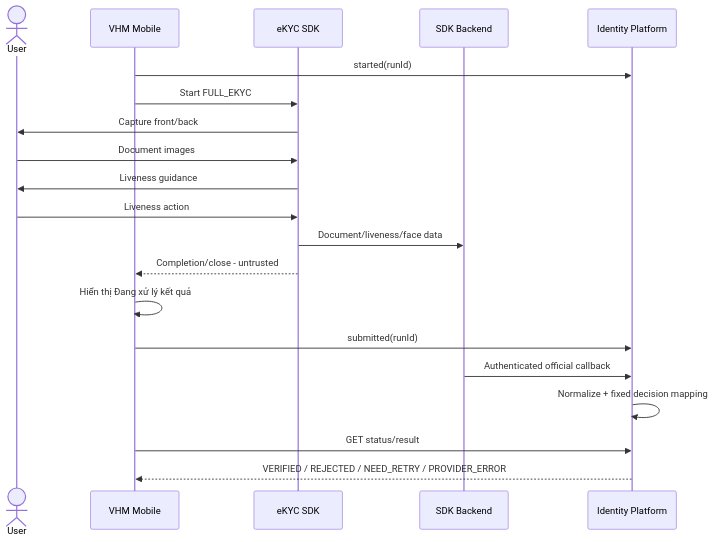
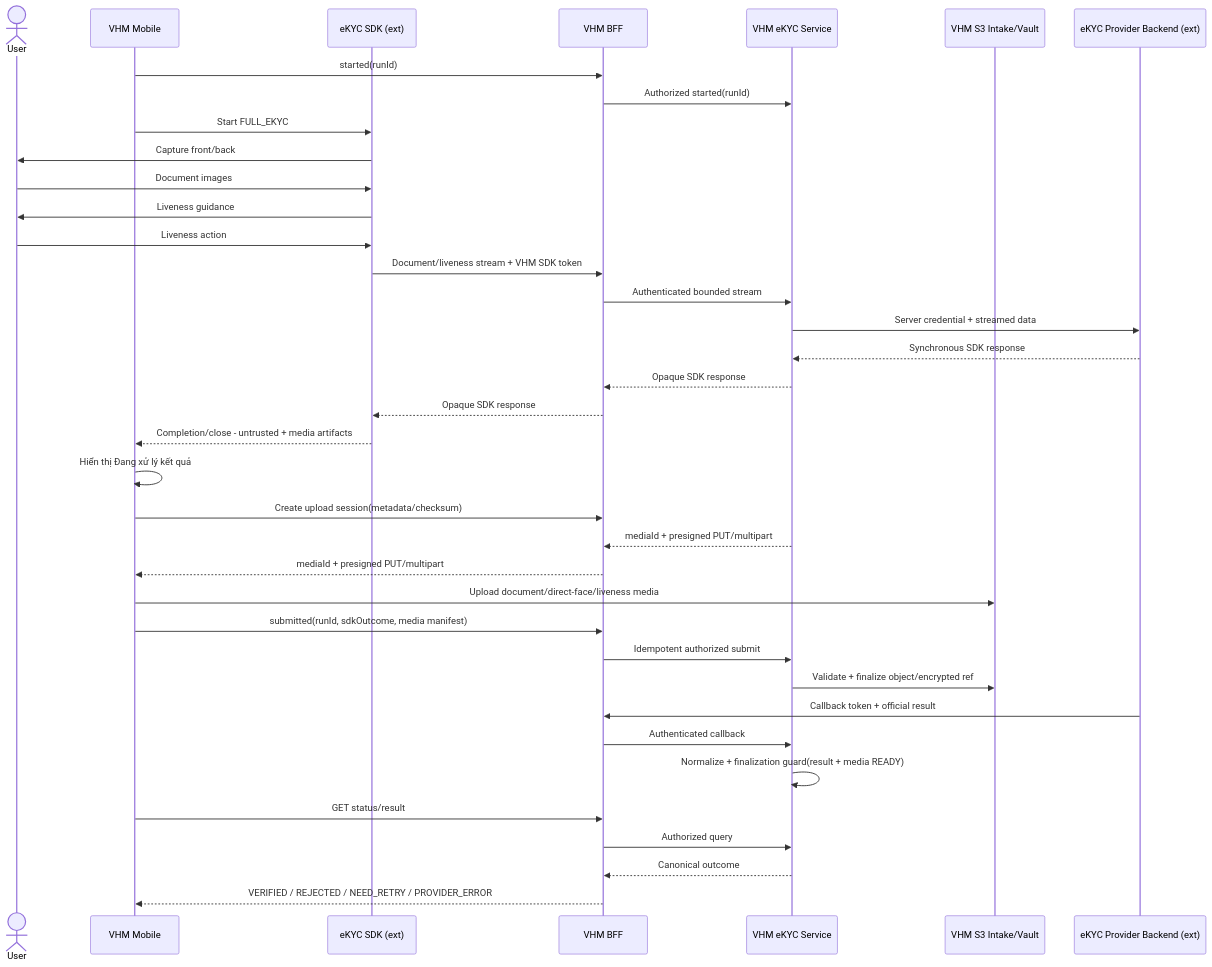
Diagram 12 of 18 in tdd2.md (huynv-xyz/vhm), drawn with Mermaid before and after one commit. The commit also changed other lines of this file, not shown here.

````diff
--- a/tdd2.md
+++ b/tdd2.md
@@ -1574,22 +1217,39 @@
 ```mermaid
 sequenceDiagram
     actor User
     participant APP as VHM Mobile
-    participant SDK as eKYC SDK
-    participant BACKEND as SDK Backend
-    participant IV as Identity Platform
-    APP->>IV: started(runId)
+    participant SDK as eKYC SDK (ext)
+    participant BFF as VHM BFF
+    participant EKYC_SERVICE as VHM eKYC Service
+    participant S3 as VHM S3 Intake/Vault
+    participant BACKEND as eKYC Provider Backend (ext)
+    APP->>BFF: started(runId)
+    BFF->>EKYC_SERVICE: Authorized started(runId)
     APP->>SDK: Start FULL_EKYC
     SDK->>User: Capture front/back
     User->>SDK: Document images
     SDK->>User: Liveness guidance
     User->>SDK: Liveness action
-    SDK->>BACKEND: Document/liveness/face data
-    SDK-->>APP: Completion/close - untrusted
+    SDK->>BFF: Document/liveness stream + VHM SDK token
+    BFF->>EKYC_SERVICE: Authenticated bounded stream
+    EKYC_SERVICE->>BACKEND: Server credential + streamed data
+    BACKEND-->>EKYC_SERVICE: Synchronous SDK response
+    EKYC_SERVICE-->>BFF: Opaque SDK response
+    BFF-->>SDK: Opaque SDK response
+    SDK-->>APP: Completion/close - untrusted + media artifacts
     APP->>APP: Hiển thị Đang xử lý kết quả
-    APP->>IV: submitted(runId)
-    BACKEND->>IV: Authenticated official callback
-    IV->>IV: Normalize + fixed decision mapping
-    APP->>IV: GET status/result
-    IV-->>APP: VERIFIED / REJECTED / NEED_RETRY / PROVIDER_ERROR
+    APP->>BFF: Create upload session(metadata/checksum)
+    EKYC_SERVICE-->>BFF: mediaId + presigned PUT/multipart
+    BFF-->>APP: mediaId + presigned PUT/multipart
+    APP->>S3: Upload document/direct-face/liveness media
+    APP->>BFF: submitted(runId, sdkOutcome, media manifest)
+    BFF->>EKYC_SERVICE: Idempotent authorized submit
+    EKYC_SERVICE->>S3: Validate + finalize object/encrypted ref
+    BACKEND->>BFF: Callback token + official result
+    BFF->>EKYC_SERVICE: Authenticated callback
+    EKYC_SERVICE->>EKYC_SERVICE: Normalize + finalization guard(result + media READY)
+    APP->>BFF: GET status/result
+    BFF->>EKYC_SERVICE: Authorized query
+    EKYC_SERVICE-->>BFF: Canonical outcome
+    BFF-->>APP: VERIFIED / REJECTED / NEED_RETRY / PROVIDER_ERROR
 ```
````
